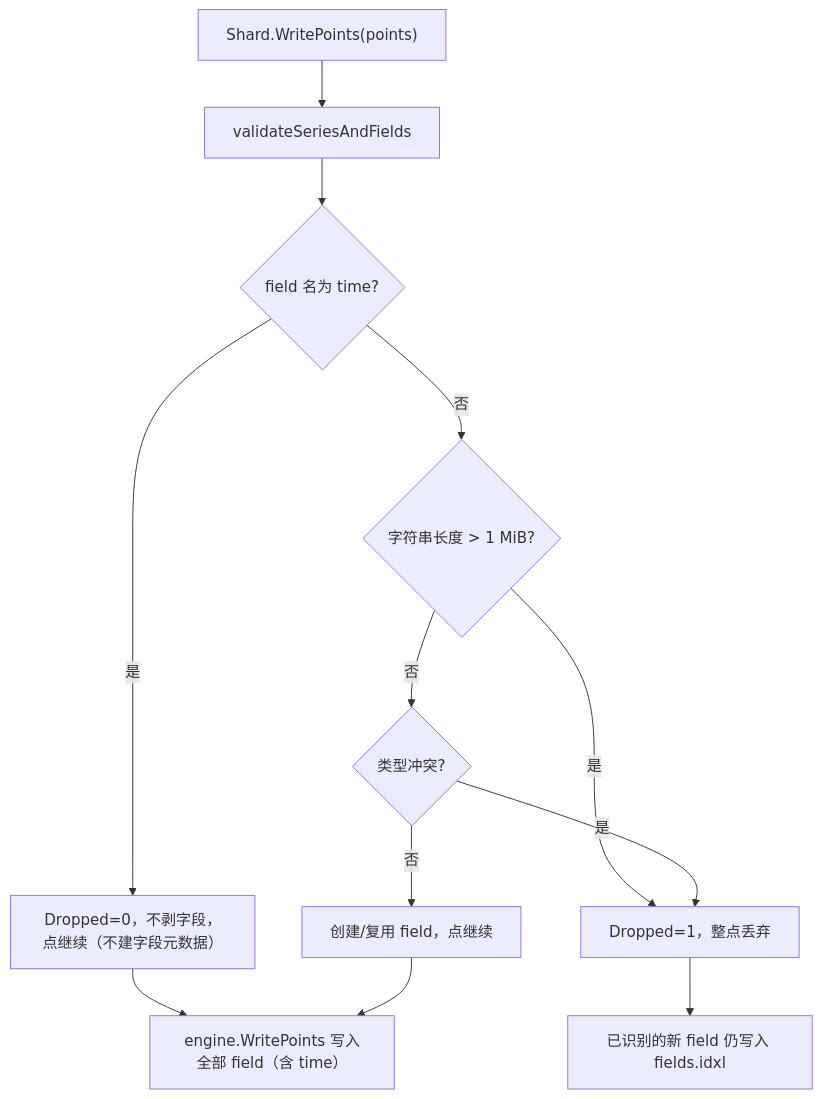
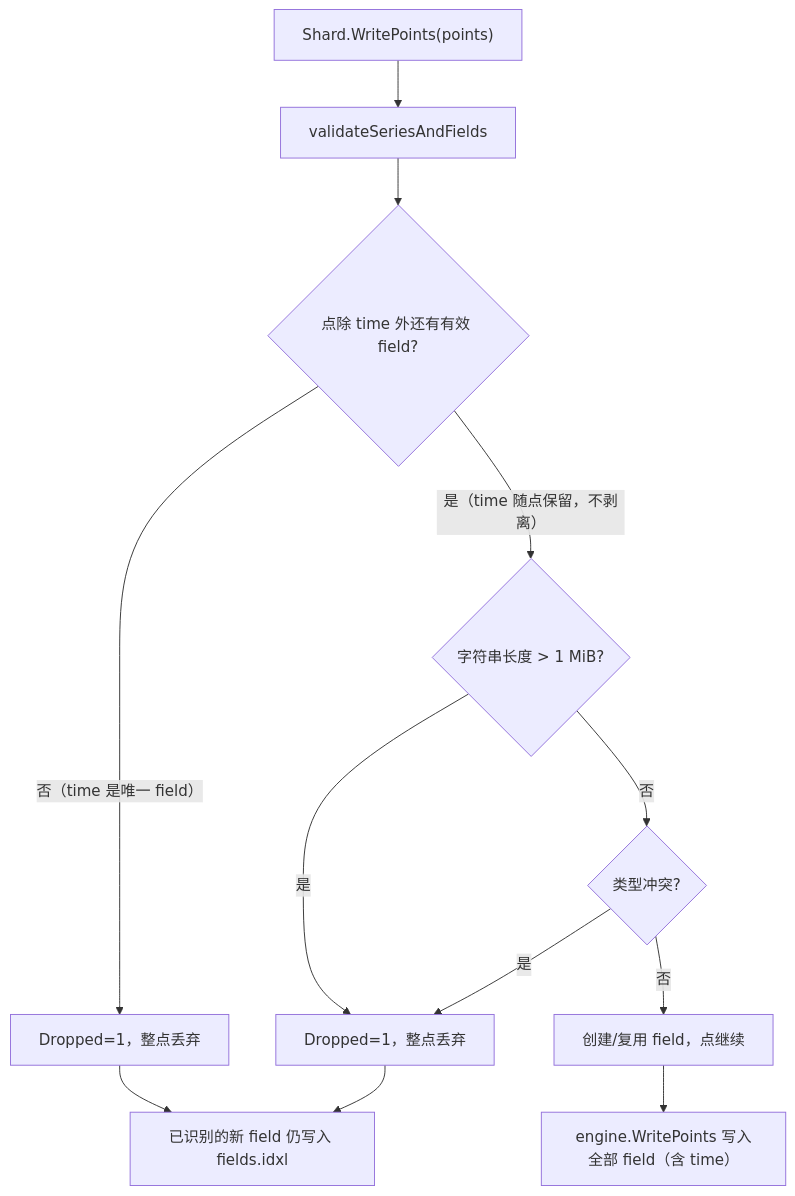
Before and after one commit to stefanv5/influxdb: diagram 13 of 15 in docs/specs/06_cluster_communication_spec.md, drawn with Mermaid. The commit also changed other lines of this file and 16 other files, not shown here.

````diff
--- a/docs/specs/06_cluster_communication_spec.md
+++ b/docs/specs/06_cluster_communication_spec.md
@@ -2335,14 +2335,14 @@
 ```mermaid
 flowchart TD
     A["Shard.WritePoints(points)"] --> B["validateSeriesAndFields"]
-    B --> C{"field 名为 time?"}
-    C -->|"是"| D["Dropped=0，不剥字段，点继续（不建字段元数据）"]
-    C -->|"否"| E{"字符串长度 > 1 MiB?"}
+    B --> C{"点除 time 外还有有效 field?"}
+    C -->|"否（time 是唯一 field）"| TD["Dropped=1，整点丢弃"]
+    C -->|"是（time 随点保留，不剥离）"| E{"字符串长度 > 1 MiB?"}
     E -->|"是"| F["Dropped=1，整点丢弃"]
     E -->|"否"| G{"类型冲突?"}
     G -->|"是"| F
     G -->|"否"| H["创建/复用 field，点继续"]
     F --> I["已识别的新 field 仍写入 fields.idxl"]
-    D --> J["engine.WritePoints 写入全部 field（含 time）"]
-    H --> J
+    TD --> I
+    H --> J["engine.WritePoints 写入全部 field（含 time）"]
 ```
````
